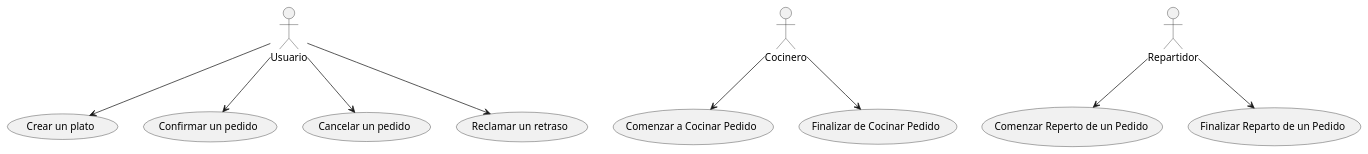
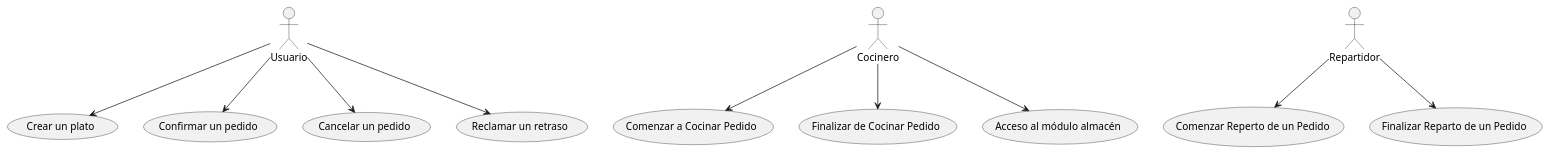
The diagram in docs/models/restaurante/CasosDeUso.puml (Starkie/RestauranteDDS), drawn with PlantUML before and after one commit. The commit also changed 2 other files, not shown here.

```diff
--- a/docs/models/restaurante/CasosDeUso.puml
+++ b/docs/models/restaurante/CasosDeUso.puml
@@ -1,13 +1,14 @@
 @startuml
 
 Usuario --> (Crear un plato)
 Usuario --> (Confirmar un pedido)
 Usuario --> (Cancelar un pedido)
 Usuario --> (Reclamar un retraso)
 
 Cocinero --> (Comenzar a Cocinar Pedido)
 Cocinero --> (Finalizar de Cocinar Pedido)
+Cocinero --> (Acceso al módulo almacén)
 
 Repartidor --> (Comenzar Reperto de un Pedido)
 Repartidor --> (Finalizar Reparto de un Pedido)
 @enduml
```
